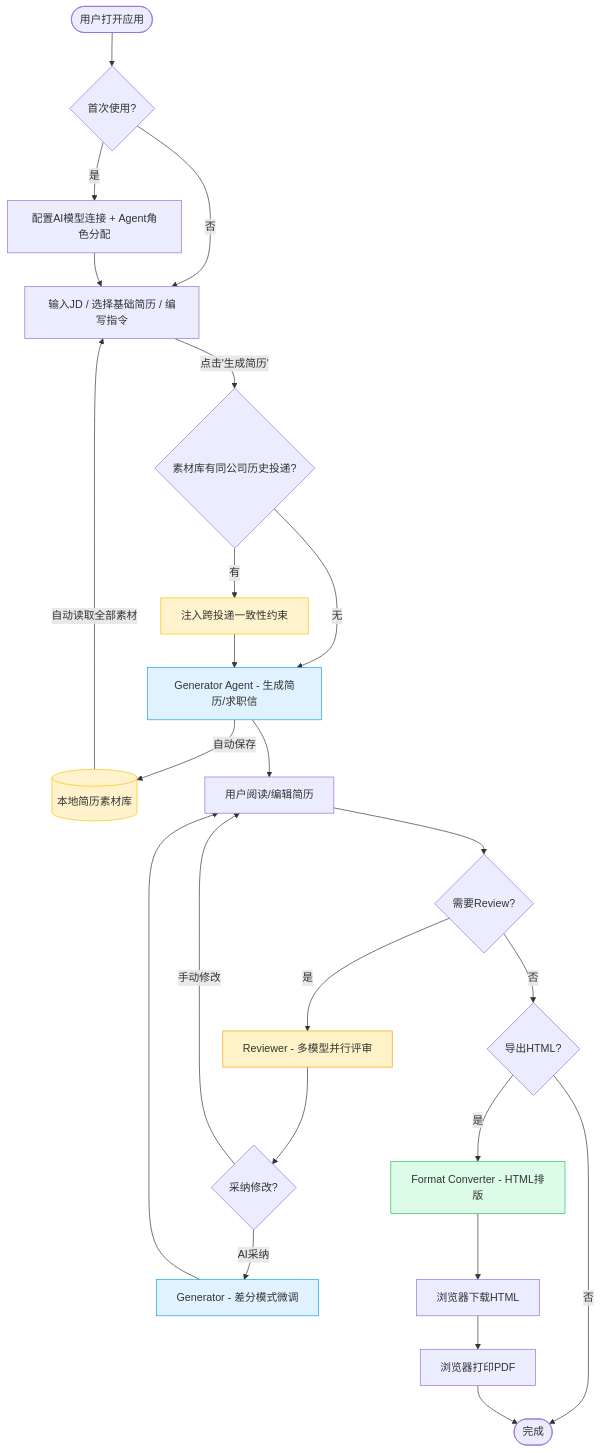
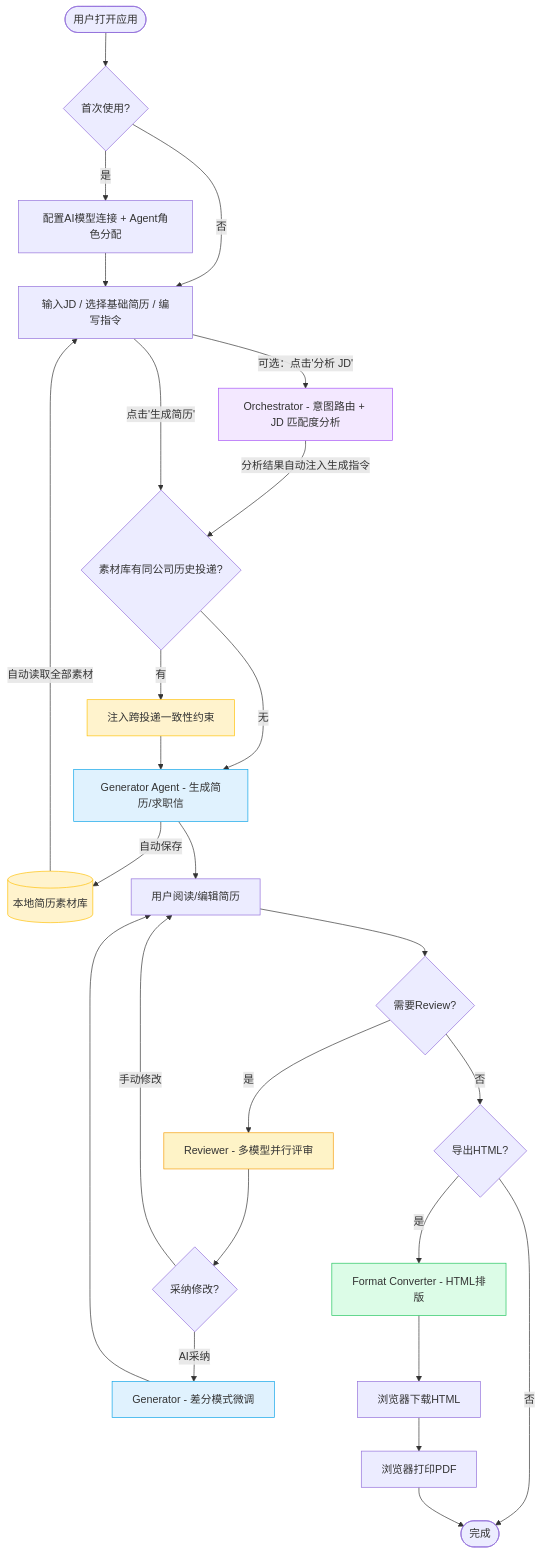
The third of 3 diagrams in README.md (wukun2005-gif/resumeTailor), drawn with Mermaid before and after one commit. The commit also changed other lines of this file and 8 other files, not shown here.

First line of the commit message:
feat: S1 JD Analyzer — Orchestrator 意图路由 + 素材库匹配度评估

````diff
--- a/README.md
+++ b/README.md
@@ -235,45 +235,48 @@
 ```mermaid
 flowchart TD
     START([用户打开应用]) --> CONFIG{首次使用?}
     CONFIG -->|是| SETTINGS["配置AI模型连接 + Agent角色分配"]
     CONFIG -->|否| INPUT
     SETTINGS --> INPUT
 
     LIB[(本地简历素材库)] -->|自动读取全部素材| INPUT
     INPUT["输入JD / 选择基础简历 / 编写指令"]
+    INPUT -->|可选：点击'分析 JD'| ANALYZE["Orchestrator - 意图路由 + JD 匹配度分析"]
+    ANALYZE -->|分析结果自动注入生成指令| CONSIST
     INPUT -->|点击'生成简历'| CONSIST
 
     CONSIST{"素材库有同公司历史投递?"}
     CONSIST -->|有| WARN["注入跨投递一致性约束"]
     CONSIST -->|无| GEN
     WARN --> GEN
 
     GEN["Generator Agent - 生成简历/求职信"]
     GEN -->|自动保存| LIB
     GEN --> EDIT["用户阅读/编辑简历"]
     EDIT --> REVIEW_Q{需要Review?}
 
     REVIEW_Q -->|是| REVIEW["Reviewer - 多模型并行评审"]
     REVIEW_Q -->|否| HTML_Q
 
     REVIEW --> APPLY_Q{"采纳修改?"}
     APPLY_Q -->|AI采纳| APPLY["Generator - 差分模式微调"]
     APPLY_Q -->|手动修改| EDIT
 
     APPLY --> EDIT
 
     HTML_Q{导出HTML?}
     HTML_Q -->|是| HTML["Format Converter - HTML排版"]
     HTML_Q -->|否| DONE
 
     HTML --> DOWNLOAD["浏览器下载HTML"]
     DOWNLOAD --> PDF["浏览器打印PDF"]
     PDF --> DONE([完成])
 
     style LIB fill:#fff3cd,stroke:#ffc107
     style WARN fill:#fff3cd,stroke:#ffc107
     style GEN fill:#e0f2fe,stroke:#0ea5e9
+    style ANALYZE fill:#f3e8ff,stroke:#a855f7
     style REVIEW fill:#fef3c7,stroke:#f59e0b
     style APPLY fill:#e0f2fe,stroke:#0ea5e9
     style HTML fill:#dcfce7,stroke:#22c55e
 ```
````
